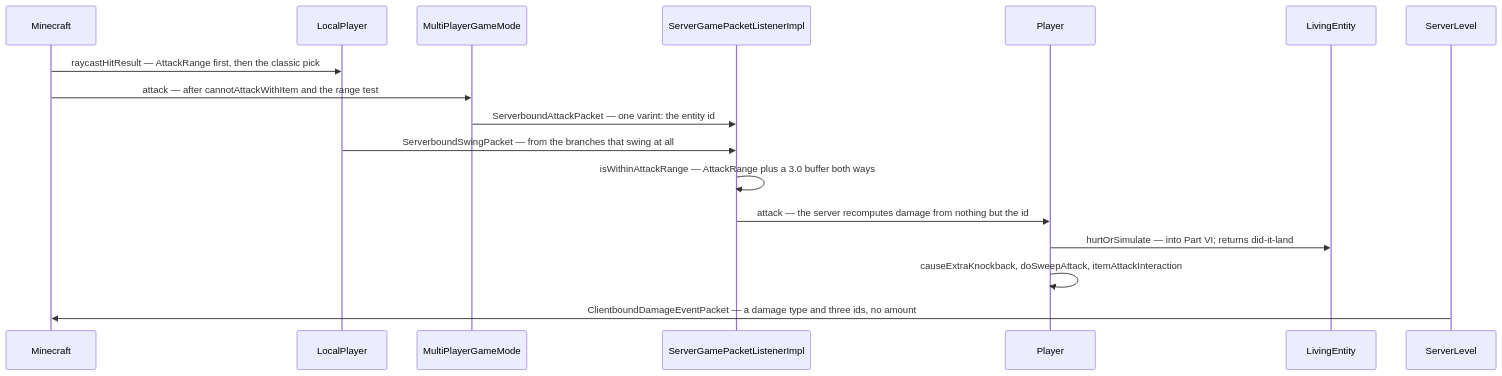
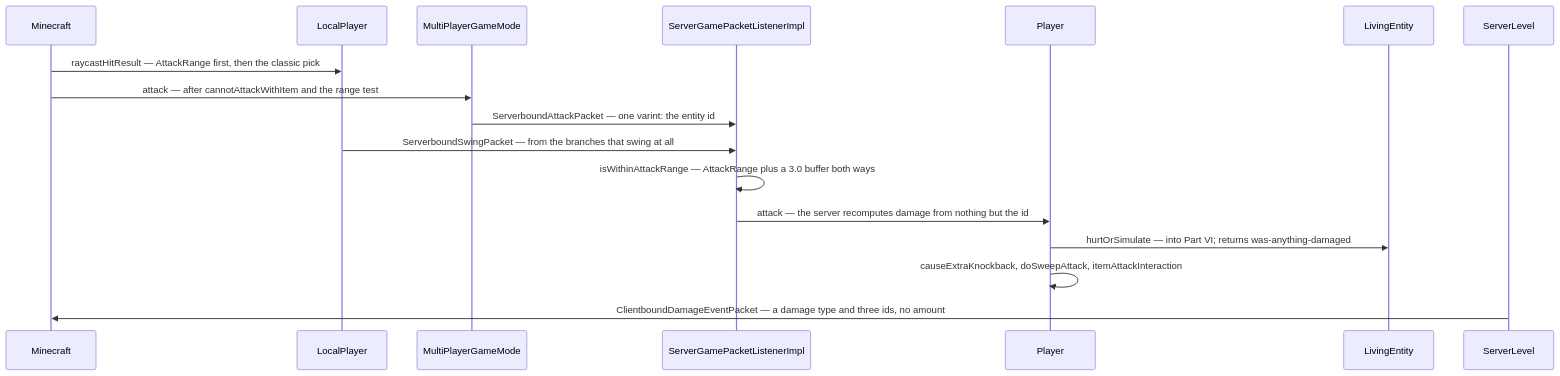
One commit to AlexanderjFraser/MinecraftDocs changed the first of 2 diagrams in src/systems/player/the-sword-swing.md. Above: the diagram before and after it, drawn with Mermaid. The commit also changed other lines of this file and 24 other files, not shown here.

````diff
--- a/src/systems/player/the-sword-swing.md
+++ b/src/systems/player/the-sword-swing.md
@@ -103,20 +103,20 @@
 ```mermaid
 sequenceDiagram
     participant MC as Minecraft
     participant LP as LocalPlayer
     participant MPGM as MultiPlayerGameMode
     participant SGPL as ServerGamePacketListenerImpl
     participant Player as Player
     participant LE as LivingEntity
     participant SL as ServerLevel
 
     MC->>LP: raycastHitResult — AttackRange first, then the classic pick
     MC->>MPGM: attack — after cannotAttackWithItem and the range test
     MPGM->>SGPL: ServerboundAttackPacket — one varint: the entity id
     LP->>SGPL: ServerboundSwingPacket — from the branches that swing at all
     SGPL->>SGPL: isWithinAttackRange — AttackRange plus a 3.0 buffer both ways
     SGPL->>Player: attack — the server recomputes damage from nothing but the id
-    Player->>LE: hurtOrSimulate — into Part VI#59; returns did-it-land
+    Player->>LE: hurtOrSimulate — into Part VI#59; returns was-anything-damaged
     Player->>Player: causeExtraKnockback, doSweepAttack, itemAttackInteraction
     SL->>MC: ClientboundDamageEventPacket — a damage type and three ids, no amount
 ```
````
